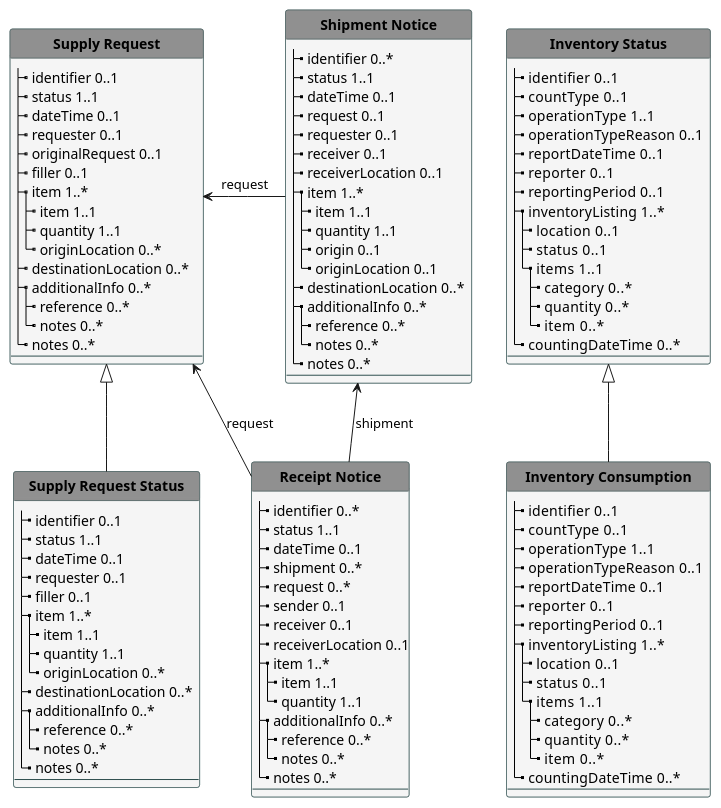
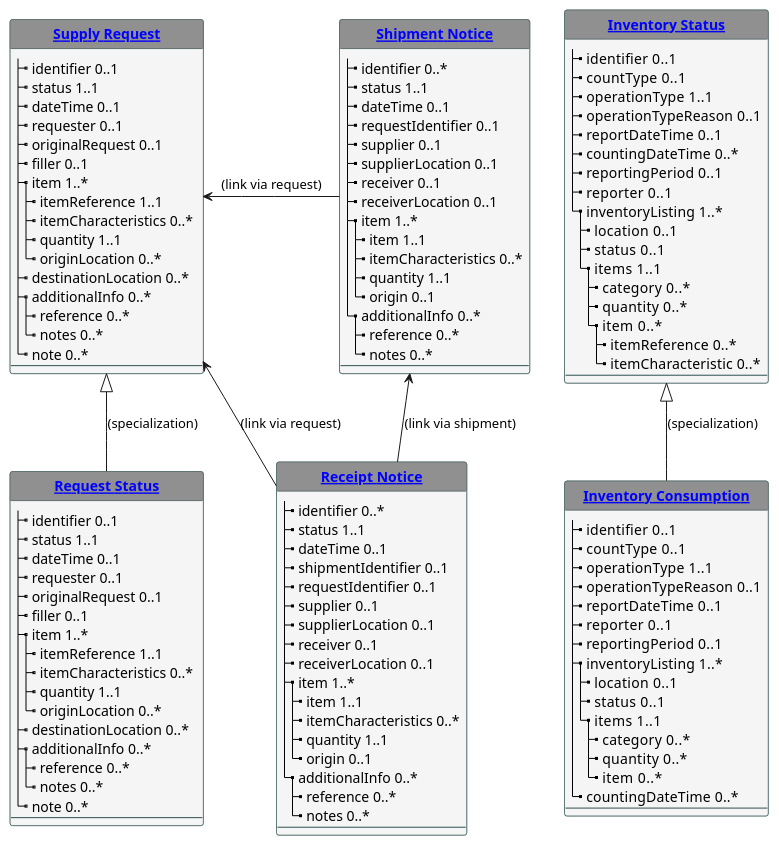
One commit to IHE/pharm-supply changed the diagram in input/images-source/models.plantuml. Above: the diagram before and after it, drawn with PlantUML. The commit also changed 13 other files, not shown here.

```diff
--- a/input/images-source/models.plantuml
+++ b/input/images-source/models.plantuml
@@ -1,150 +1,155 @@
 @startuml
 'skinparam linetype polyline
 'skinparam linetype ortho
 hide circle
 hide stereotype
 
 '!pragma layout smetana
 
 skinparam class<<MD>> {
  BorderColor DarkSlateGray
  BackgroundColor WhiteSmoke
  HeaderBackgroundColor #909090
 }
 
 skinparam class<<TM>> {
  BorderColor #505090
  BackgroundColor APPLICATION
  HeaderBackgroundColor SkyBlue
 }
 
 
-    class "**Supply Request**" as SR<<MD>> {
+
+    class "**[[StructureDefinition-model-supply-request.html Supply Request]]**" as SR<<MD>> {
         |_ identifier 0..1
         |_ status 1..1
         |_ dateTime 0..1
         |_ requester 0..1
         |_ originalRequest 0..1
         |_ filler 0..1
         |_ item 1..*
-          |_ item 1..1
+          |_ itemReference 1..1
+          |_ itemCharacteristics 0..*
           |_ quantity 1..1
           |_ originLocation 0..*
         |_ destinationLocation 0..*    
         |_ additionalInfo 0..*  
           |_ reference 0..*  
           |_ notes 0..*  
-        |_ notes 0..* 
+        |_ note 0..* 
         --
     }
 
-    class "**Supply Request Status**" as SRS<<MD>> {
+    class "**[[StructureDefinition-model-supply-request-status.htmlSupply Request Status]]**" as SRS<<MD>> {
         |_ identifier 0..1
         |_ status 1..1
         |_ dateTime 0..1
         |_ requester 0..1
+        |_ originalRequest 0..1
         |_ filler 0..1
         |_ item 1..*
-          |_ item 1..1
+          |_ itemReference 1..1
+          |_ itemCharacteristics 0..*  
           |_ quantity 1..1
           |_ originLocation 0..*
-        |_ destinationLocation 0..*  
+        |_ destinationLocation 0..*    
         |_ additionalInfo 0..*  
           |_ reference 0..*  
           |_ notes 0..*  
-        |_ notes 0..* 
+        |_ note 0..* 
         --
     }
-    class "**Shipment Notice**" as SN<<MD>> {
+    class "**[[StructureDefinition-model-shipment-notice.html Shipment Notice]]**" as SN<<MD>> {
         |_ identifier 0..*
         |_ status 1..1
         |_ dateTime 0..1
-        |_ request 0..1
-        |_ requester 0..1
+        |_ requestIdentifier 0..1
+        |_ supplier 0..1
+        |_ supplierLocation 0..1
         |_ receiver 0..1
         |_ receiverLocation 0..1
         |_ item 1..*
           |_ item 1..1
+          |_ itemCharacteristics 0..*  
           |_ quantity 1..1
           |_ origin 0..1
-          |_ originLocation 0..1
-        |_ destinationLocation 0..*  
         |_ additionalInfo 0..*  
           |_ reference 0..*  
           |_ notes 0..*  
-        |_ notes 0..* 
         --
     }
 
-    class "**Receipt Notice**" as RN<<MD>> {
+    class "**[[StructureDefinition-model-receipt-notice.html Receipt Notice]]**" as RN<<MD>> {
         |_ identifier 0..*
         |_ status 1..1
         |_ dateTime 0..1
-        |_ shipment 0..*   
-        |_ request 0..*
-        |_ sender 0..1
+        |_ shipmentIdentifier 0..1
+        |_ requestIdentifier 0..1
+        |_ supplier 0..1
+        |_ supplierLocation 0..1
         |_ receiver 0..1
         |_ receiverLocation 0..1
         |_ item 1..*
           |_ item 1..1
+          |_ itemCharacteristics 0..*  
           |_ quantity 1..1
+          |_ origin 0..1
         |_ additionalInfo 0..*  
           |_ reference 0..*  
           |_ notes 0..*  
-        |_ notes 0..* 
         --
     }
 
     
-    class "**Inventory Status**" as IS<<MD>> {
+    class "**[[StructureDefinition-model-inventory-status.html Inventory Status]]**" as IS<<MD>> {
+        |_ identifier  0..1
+        |_ countType  0..1
+        |_ operationType  1..1
+        |_ operationTypeReason  0..1  
+        |_ reportDateTime  0..1
+        |_ countingDateTime  0..*  
+        |_ reportingPeriod  0..1
+        |_ reporter  0..1
+        |_ inventoryListing  1..*
+          |_ location  0..1
+          |_ status  0..1
+          |_ items  1..1
+            |_ category  0..*
+            |_ quantity  0..*
+            |_ item  0..*
+              |_ itemReference  0..*
+              |_ itemCharacteristic  0..*
+        --
+    }
+
+
+    class "**[[StructureDefinition-model-inventory-consumption.html Inventory Consumption]]**" as IC<<MD>> {
         |_ identifier  0..1
         |_ countType  0..1
         |_ operationType  1..1
         |_ operationTypeReason  0..1  
         |_ reportDateTime  0..1
         |_ reporter  0..1
         |_ reportingPeriod  0..1
         |_ inventoryListing  1..*
           |_ location  0..1
           |_ status  0..1
           |_ items  1..1
             |_ category  0..*
             |_ quantity  0..*
             |_ item  0..*
         |_ countingDateTime  0..*  
         --
     }
+IC -up-|> IS: (specialization)
 
 
-    class "**Inventory Consumption**" as IC<<MD>> {
-        |_ identifier  0..1
-        |_ countType  0..1
-        |_ operationType  1..1
-        |_ operationTypeReason  0..1  
-        |_ reportDateTime  0..1
-        |_ reporter  0..1
-        |_ reportingPeriod  0..1
-        |_ inventoryListing  1..*
-          |_ location  0..1
-          |_ status  0..1
-          |_ items  1..1
-            |_ category  0..*
-            |_ quantity  0..*
-            |_ item  0..*
-        |_ countingDateTime  0..*  
-        --
-    }
 
+SRS -up-|> SR: (specialization)
 
-'SR -- SR
+SN -left-> SR: (link via request)
 
-IC -up-|> IS
-
-SRS -up-|> SR
-
-SN -left-> SR: request
-
-RN -up-> SN : shipment
-RN -left-> SR : request
+RN -up-> SN : (link via shipment)
+RN -left-> SR : (link via request)
 
 @enduml
```
